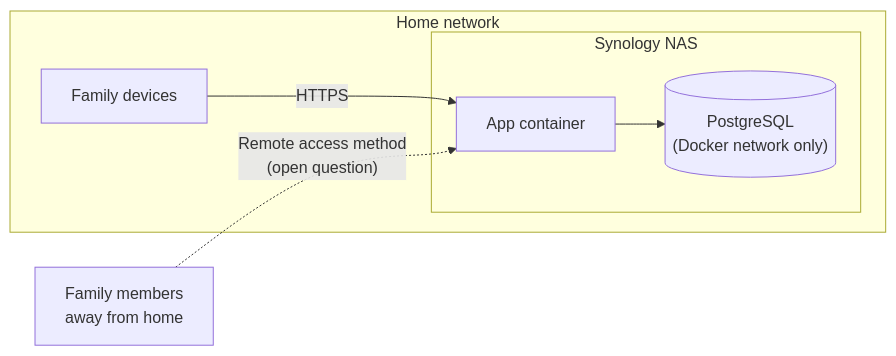
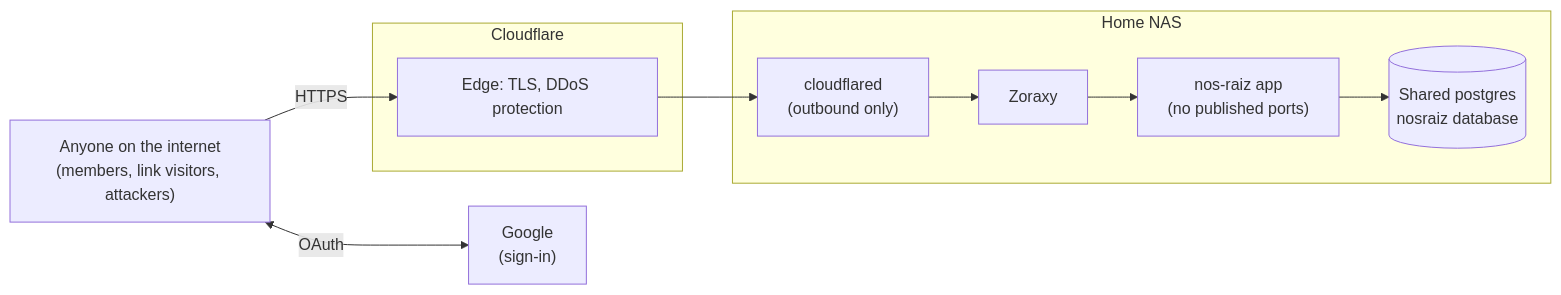
The diagram in docs/security/threat-model.md (Alfredo-Moreira/nos_raiz), drawn with Mermaid before and after one commit. The commit also changed other lines of this file and 26 other files, not shown here.

First line of the commit message:
docs: record architecture, access and hosting decisions

````diff
--- a/docs/security/threat-model.md
+++ b/docs/security/threat-model.md
@@ -16,15 +16,21 @@
 ```mermaid
 flowchart LR
-    subgraph home["Home network"]
-        devices["Family devices"]
-        subgraph nas["Synology NAS"]
-            app["App container"]
-            db[("PostgreSQL<br/>(Docker network only)")]
-        end
+    visitor["Anyone on the internet<br/>(members, link visitors, attackers)"]
+    google["Google<br/>(sign-in)"]
+
+    subgraph cloud["Cloudflare"]
+        edge["Edge: TLS, DDoS protection"]
     end
-    remote["Family members<br/>away from home"]
 
-    devices -->|HTTPS| app
-    remote -.->|"Remote access method<br/>(open question)"| app
-    app --> db
+    subgraph nas["Home NAS"]
+        tunnel["cloudflared<br/>(outbound only)"]
+        zoraxy["Zoraxy"]
+        app["nos-raiz app<br/>(no published ports)"]
+        pg[("Shared postgres<br/>nosraiz database")]
+    end
+
+    visitor -->|HTTPS| edge
+    visitor <-->|OAuth| google
+    edge --> tunnel --> zoraxy --> app
+    app --> pg
 ```
````
